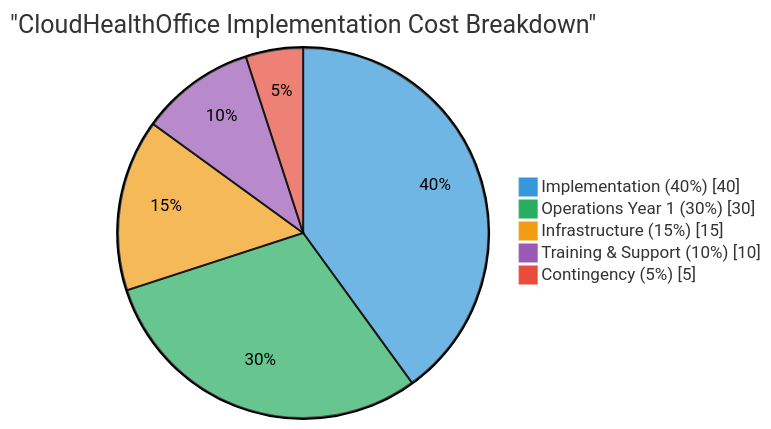
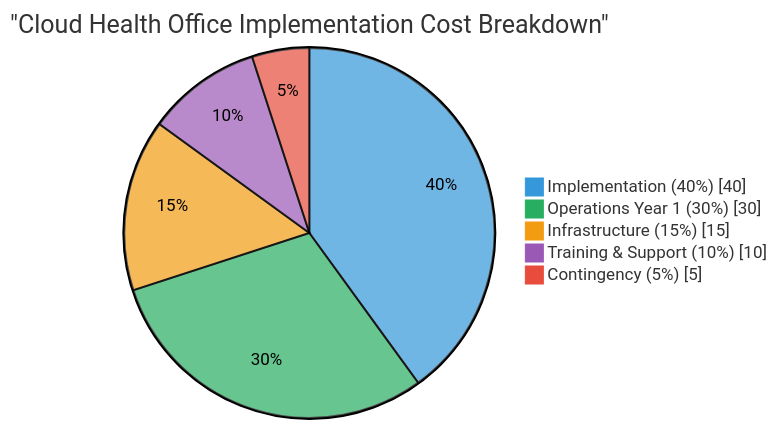
One commit to aurelianware/cloudhealthoffice changed the third of 4 diagrams in docs/security/WHITEPAPER-CMS-0057-F-COMPLIANCE.md. Above: the diagram before and after it, drawn with Mermaid. The commit also changed other lines of this file, not shown here.

Commit message:
Fix branding: replace CloudHealthOffice with Cloud Health Office in whitepaper

````diff
--- a/docs/security/WHITEPAPER-CMS-0057-F-COMPLIANCE.md
+++ b/docs/security/WHITEPAPER-CMS-0057-F-COMPLIANCE.md
@@ -471,10 +471,10 @@
 ```mermaid
 %%{init: {'theme': 'neutral', 'themeVariables': { 'pie1': '#3498db', 'pie2': '#27ae60', 'pie3': '#f39c12', 'pie4': '#9b59b6', 'pie5': '#e74c3c' }}}%%
 pie showData
-    title "CloudHealthOffice Implementation Cost Breakdown"
+    title "Cloud Health Office Implementation Cost Breakdown"
     "Implementation (40%)" : 40
     "Operations Year 1 (30%)" : 30
     "Infrastructure (15%)" : 15
     "Training & Support (10%)" : 10
     "Contingency (5%)" : 5
 ```
````
